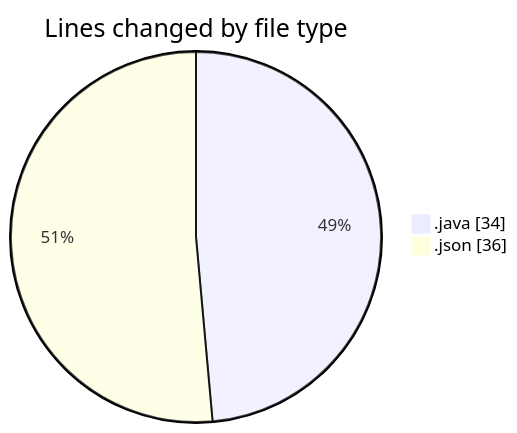
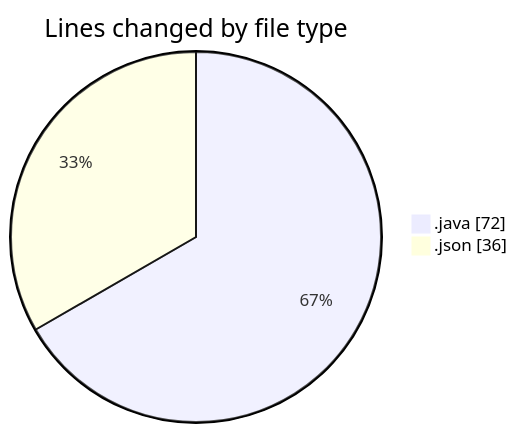
One commit to hasnaa123/code-tracking changed the first of 2 diagrams in 2026-03-06/java_basics/README.md. Above: the diagram before and after it, drawn with Mermaid. The commit also changed other lines of this file and 1 other file, not shown here.

````diff
--- a/2026-03-06/java_basics/README.md
+++ b/2026-03-06/java_basics/README.md
@@ -22,6 +23,6 @@
 ```mermaid
 pie showData
 title Lines changed by file type
-".java" : 34
+".java" : 72
 ".json" : 36
 ```
````
